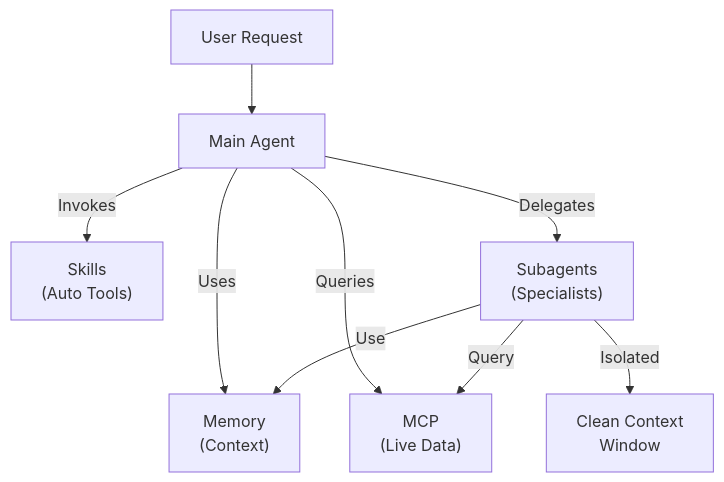
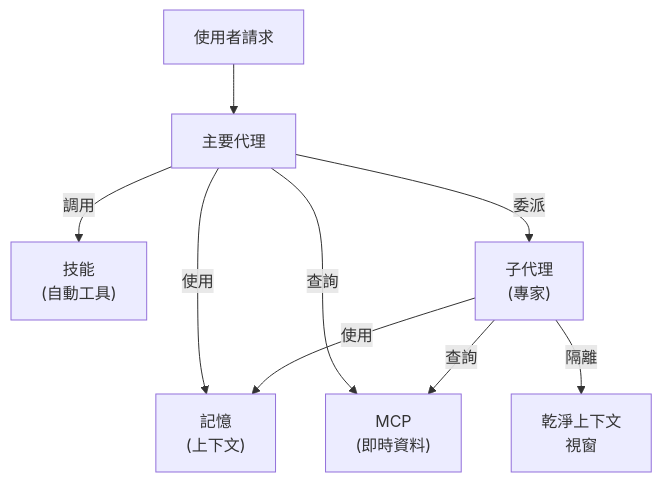
Before and after one commit to huckly/claude-howto-zh-tw: the seventh of 7 diagrams in 04-subagents/README.md, drawn with Mermaid. The commit also changed other lines of this file and 9 other files, not shown here.

Commit message:
🤖 04-subagents：Subagents 子代理 — 同步更新（含新增 performance-optimizer）

````diff
--- a/04-subagents/README.md
+++ b/04-subagents/README.md
@@ -1117,12 +1088,12 @@
 ```mermaid
 graph TD
-    User["User Request"] --> Main["Main Agent"]
-    Main -->|Uses| Memory["Memory<br/>(Context)"]
-    Main -->|Queries| MCP["MCP<br/>(Live Data)"]
-    Main -->|Invokes| Skills["Skills<br/>(Auto Tools)"]
-    Main -->|Delegates| Subagents["Subagents<br/>(Specialists)"]
+    User["使用者請求"] --> Main["主要代理"]
+    Main -->|使用| Memory["記憶<br/>(上下文)"]
+    Main -->|查詢| MCP["MCP<br/>(即時資料)"]
+    Main -->|調用| Skills["技能<br/>(自動工具)"]
+    Main -->|委派| Subagents["子代理<br/>(專家)"]
 
-    Subagents -->|Use| Memory
-    Subagents -->|Query| MCP
-    Subagents -->|Isolated| Context["Clean Context<br/>Window"]
+    Subagents -->|使用| Memory
+    Subagents -->|查詢| MCP
+    Subagents -->|隔離| Context["乾淨上下文<br/>視窗"]
 ```
````
